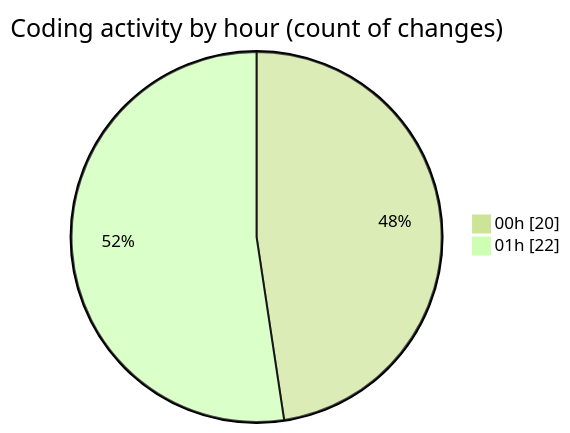
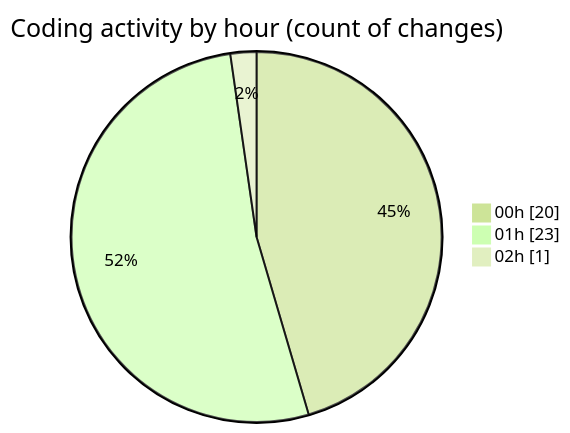
One commit to julien-gomy/code-tracking changed the second of 2 diagrams in 2025-10-16/eventscop-frontend-guide__workspace_/README.md. Above: the diagram before and after it, drawn with Mermaid (forest theme). The commit also changed other lines of this file and 1 other file, not shown here.

````diff
--- a/2025-10-16/eventscop-frontend-guide__workspace_/README.md
+++ b/2025-10-16/eventscop-frontend-guide__workspace_/README.md
@@ -38,6 +38,7 @@
 ```mermaid
 pie showData
 title Coding activity by hour (count of changes)
 "00h" : 20
-"01h" : 22
+"01h" : 23
+"02h" : 1
 ```
````
